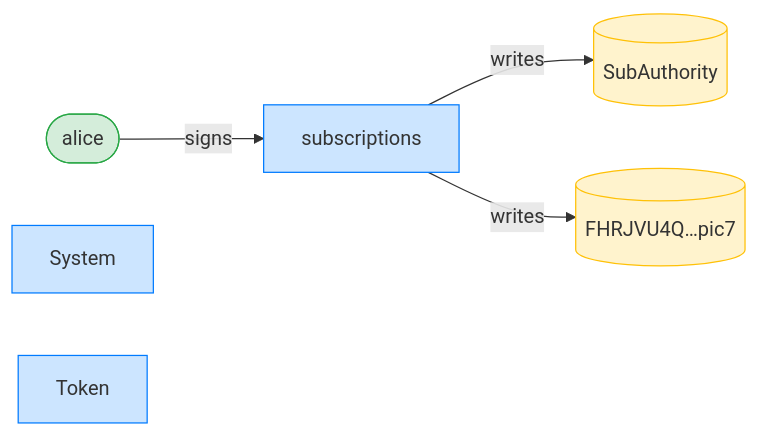
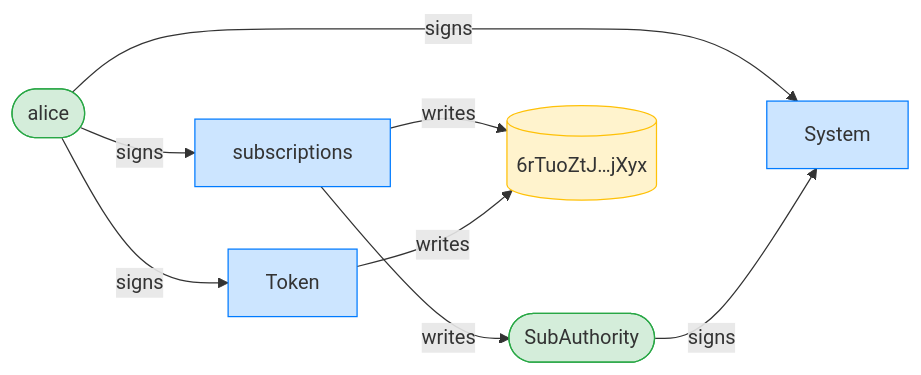
The third of 16 diagrams in dsl_tests/cancel-at-exact-plan-end-keeps-the-final-period-billable.md (cds-rs/subscriptions), drawn with Mermaid before and after one commit. The commit also changed other lines of this file and 224 other files, not shown here.

````diff
--- a/dsl_tests/cancel-at-exact-plan-end-keeps-the-final-period-billable.md
+++ b/dsl_tests/cancel-at-exact-plan-end-keeps-the-final-period-billable.md
@@ -55,15 +56,19 @@
 ```mermaid
 flowchart LR
     classDef signer fill:#d4edda,stroke:#28a745;
     classDef program fill:#cce5ff,stroke:#007bff;
     classDef writable fill:#fff3cd,stroke:#ffc107;
     subscriptions[subscriptions]:::program
     alice([alice]):::signer
-    SubAuthority[(SubAuthority)]:::writable
-    FHRJVU4Q_pic7[("FHRJVU4Q…pic7")]:::writable
+    SubAuthority([SubAuthority]):::signer
+    6rTuoZtJ_jXyx[("6rTuoZtJ…jXyx")]:::writable
     System[System]:::program
     Token[Token]:::program
     alice -->|signs| subscriptions
+    alice -->|signs| System
+    SubAuthority -->|signs| System
+    alice -->|signs| Token
     subscriptions -->|writes| SubAuthority
-    subscriptions -->|writes| FHRJVU4Q_pic7
+    subscriptions -->|writes| 6rTuoZtJ_jXyx
+    Token -->|writes| 6rTuoZtJ_jXyx
 ```
````
